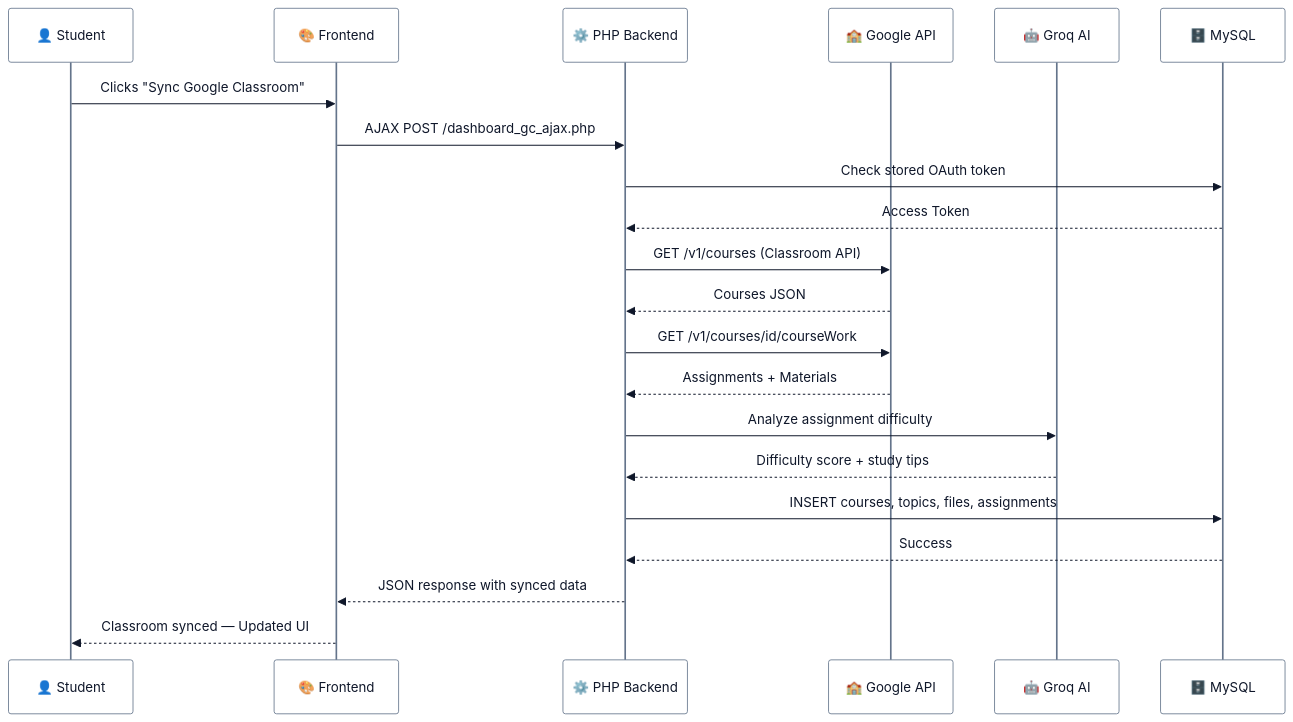
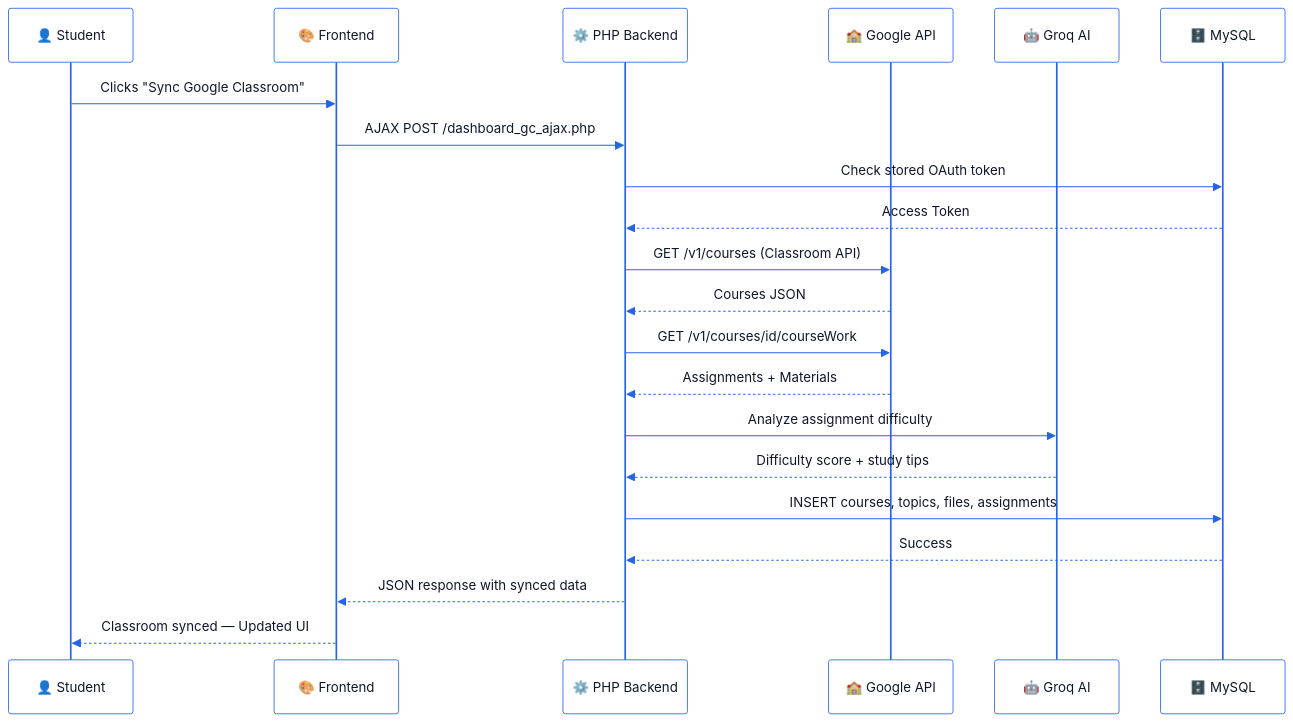
Before and after one commit to kkamranhhasan/NoteNest_AI: the second of 6 diagrams in README.md, drawn with Mermaid. The commit also changed other lines of this file, not shown here.

Commit message:
docs: apply high-contrast light theme to all sequence, flowchart, and ER mermaid diagrams

````diff
--- a/README.md
+++ b/README.md
@@ -282,46 +276,43 @@
 ```mermaid
 %%{init: {
-  'theme': 'base',
+  'theme': 'default',
   'themeVariables': {
+    'darkMode': false,
     'background': '#ffffff',
-    'mainBkg': '#ffffff',
-    'secondBkg': '#ffffff',
-    'primaryColor': '#ffffff',
-    'primaryTextColor': '#0f172a',
-    'primaryBorderColor': '#64748b',
-    'lineColor': '#2563eb',
-    'secondaryColor': '#f8fafc',
-    'tertiaryColor': '#f1f5f9',
-    'nodeBorder': '#475569',
-    'clusterBkg': '#ffffff',
-    'clusterBorder': '#cbd5e1',
-    'titleColor': '#0f172a',
-    'edgeLabelBackground': '#ffffff',
-    'attributeBackgroundColorEven': '#f8fafc',
-    'attributeBackgroundColorOdd': '#ffffff',
-    'fontFamily': 'sans-serif'
+    'actorBkg': '#ffffff',
+    'actorBorder': '#2563eb',
+    'actorTextColor': '#0f172a',
+    'actorLineColor': '#2563eb',
+    'signalColor': '#2563eb',
+    'signalTextColor': '#0f172a',
+    'labelBoxBkgColor': '#f8fafc',
+    'labelBoxBorderColor': '#cbd5e1',
+    'labelTextColor': '#0f172a',
+    'loopTextColor': '#0f172a',
+    'noteBkgColor': '#f8fafc',
+    'noteTextColor': '#0f172a'
   }
 }}%%
 sequenceDiagram
     participant S as 👤 Student
     participant F as 🎨 Frontend
     participant P as ⚙️ PHP Backend
     participant G as 🏫 Google API
     participant AI as 🤖 Groq AI
     participant DB as 🗄️ MySQL
 
     S->>F: Clicks "Sync Google Classroom"
     F->>P: AJAX POST /dashboard_gc_ajax.php
     P->>DB: Check stored OAuth token
     DB-->>P: Access Token
     P->>G: GET /v1/courses (Classroom API)
     G-->>P: Courses JSON
     P->>G: GET /v1/courses/id/courseWork
     G-->>P: Assignments + Materials
     P->>AI: Analyze assignment difficulty
     AI-->>P: Difficulty score + study tips
     P->>DB: INSERT courses, topics, files, assignments
     DB-->>P: Success
     P-->>F: JSON response with synced data
     F-->>S: Classroom synced — Updated UI
 ```
````
